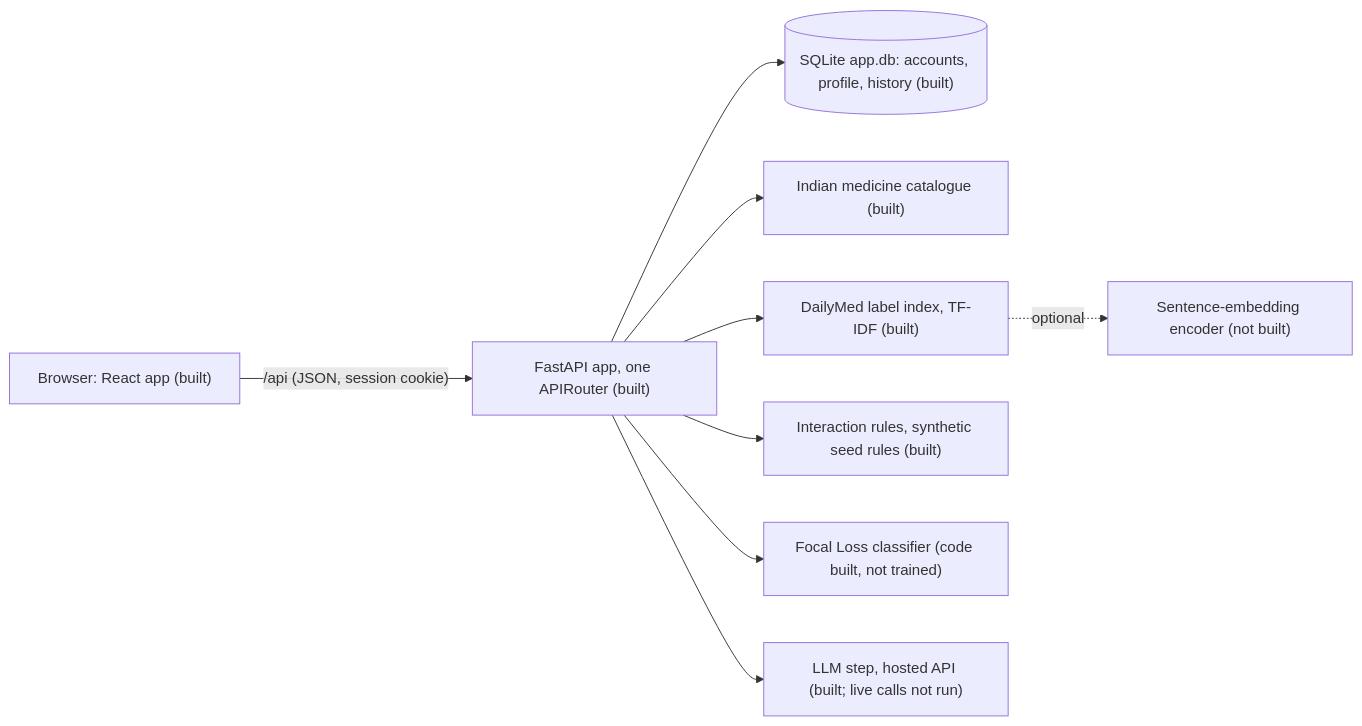
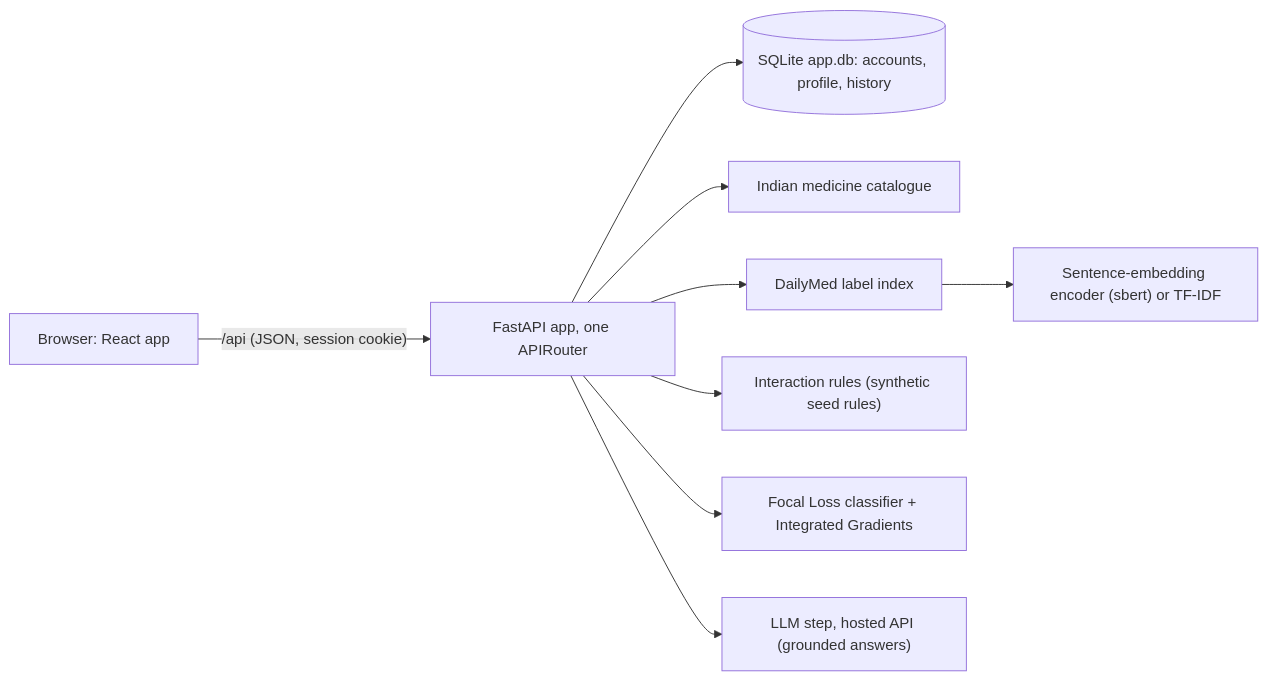
One commit to Dynamitenite/Medication_Safety_and_Decision_support_system changed the diagram in README.md. Above: the diagram before and after it, drawn with Mermaid. The commit also changed other lines of this file, not shown here.

````diff
--- a/README.md
+++ b/README.md
@@ -45,11 +33,11 @@
 ```mermaid
 flowchart LR
-  U["Browser: React app (built)"] -->|"/api (JSON, session cookie)"| A["FastAPI app, one APIRouter (built)"]
-  A --> DB[("SQLite app.db: accounts, profile, history (built)")]
-  A --> C["Indian medicine catalogue (built)"]
-  A --> L["DailyMed label index, TF-IDF (built)"]
-  A --> R["Interaction rules, synthetic seed rules (built)"]
-  A --> K["Focal Loss classifier (code built, not trained)"]
-  A --> M["LLM step, hosted API (built; live calls not run)"]
-  L -. optional .-> S["Sentence-embedding encoder (not built)"]
+  U["Browser: React app"] -->|"/api (JSON, session cookie)"| A["FastAPI app, one APIRouter"]
+  A --> DB[("SQLite app.db: accounts, profile, history")]
+  A --> C["Indian medicine catalogue"]
+  A --> L["DailyMed label index"]
+  A --> R["Interaction rules (synthetic seed rules)"]
+  A --> K["Focal Loss classifier + Integrated Gradients"]
+  A --> M["LLM step, hosted API (grounded answers)"]
+  L --> S["Sentence-embedding encoder (sbert) or TF-IDF"]
 ```
````
